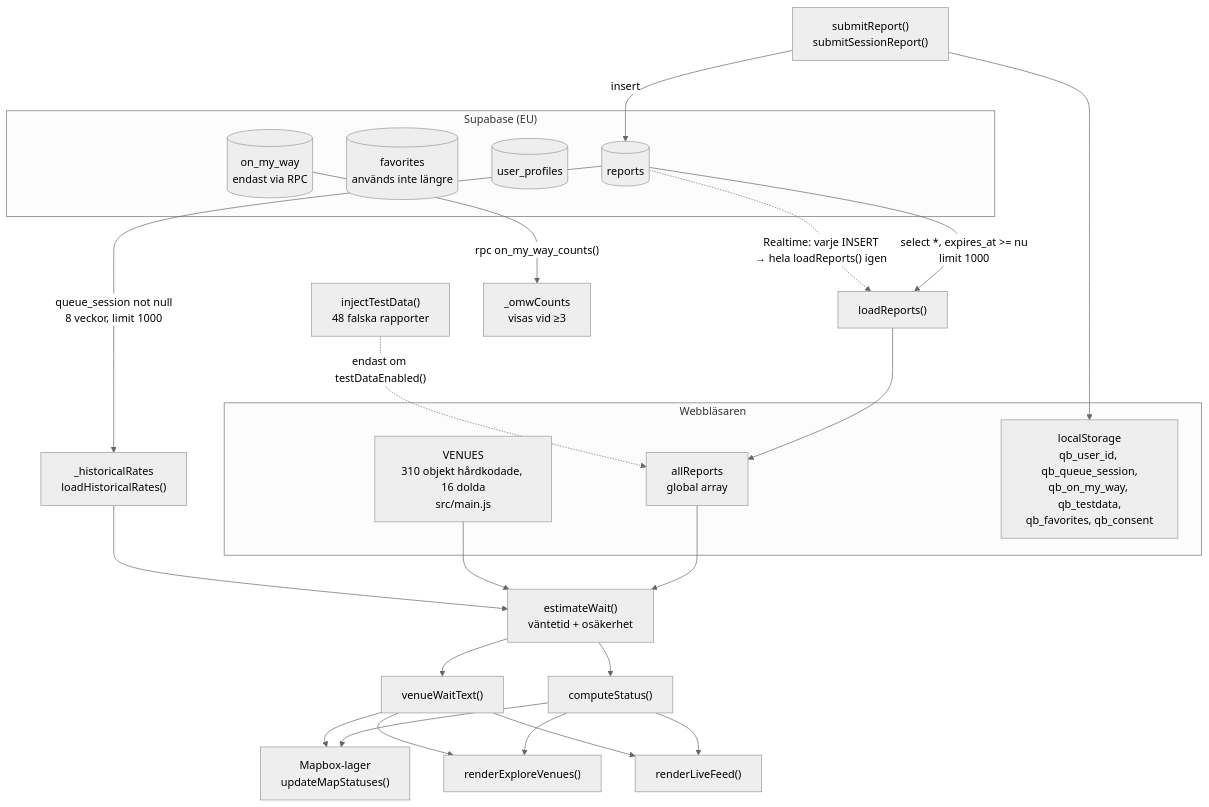
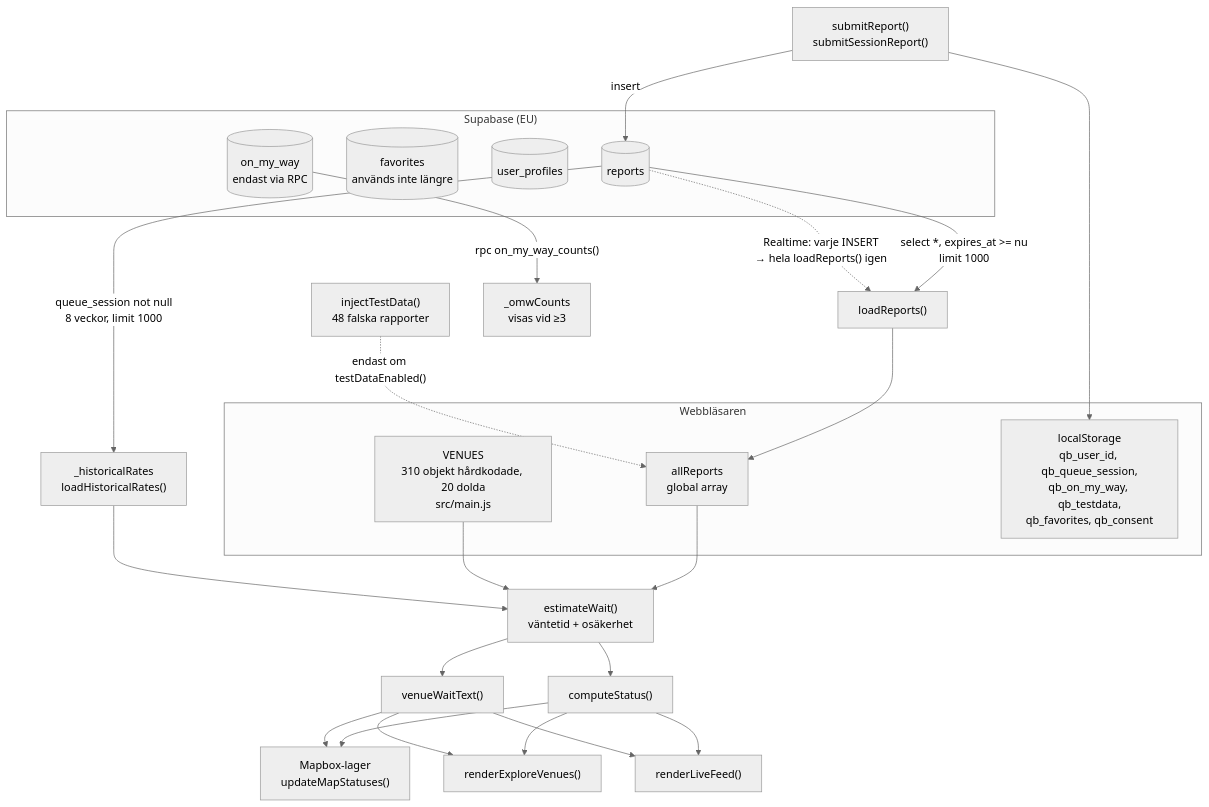
Before and after one commit to faisuseng3-dotcom/Anchor: the diagram in docs/ARCHITECTURE.md, drawn with Mermaid (neutral theme). The commit also changed other lines of this file and 9 other files, not shown here.

````diff
--- a/docs/ARCHITECTURE.md
+++ b/docs/ARCHITECTURE.md
@@ -120,39 +120,39 @@
 ```mermaid
 flowchart TD
     subgraph Klient["Webbläsaren"]
-        VENUES["VENUES<br/>310 objekt hårdkodade, 16 dolda<br/>src/main.js"]
+        VENUES["VENUES<br/>310 objekt hårdkodade, 20 dolda<br/>src/main.js"]
         AR["allReports<br/>global array"]
         LS["localStorage<br/>qb_user_id, qb_queue_session,<br/>qb_on_my_way, qb_testdata,<br/>qb_favorites, qb_consent"]
     end
 
     subgraph DB["Supabase (EU)"]
         REPORTS[("reports")]
         FAV[("favorites<br/>används inte längre")]
         PROF[("user_profiles")]
         OMW[("on_my_way<br/>endast via RPC")]
     end
 
     REPORTS -->|"select *, expires_at >= nu<br/>limit 1000"| LR["loadReports()"]
     LR --> AR
     TD["injectTestData()<br/>48 falska rapporter"] -.->|"endast om testDataEnabled()"| AR
 
     AR --> EW["estimateWait()<br/>väntetid + osäkerhet"]
     VENUES --> EW
     HR["_historicalRates<br/>loadHistoricalRates()"] --> EW
     REPORTS -->|"queue_session not null<br/>8 veckor, limit 1000"| HR
 
     EW --> CS["computeStatus()"]
     EW --> VWT["venueWaitText()"]
 
     CS --> MAP["Mapbox-lager<br/>updateMapStatuses()"]
     VWT --> MAP
     CS --> EXP["renderExploreVenues()"]
     VWT --> EXP
     CS --> LIVE["renderLiveFeed()"]
     VWT --> LIVE
 
     RPT["submitReport()<br/>submitSessionReport()"] -->|insert| REPORTS
     RPT --> LS
     REPORTS -.->|"Realtime: varje INSERT<br/>→ hela loadReports() igen"| LR
     OMW -->|"rpc on_my_way_counts()"| OMWC["_omwCounts<br/>visas vid ≥3"]
 ```
````
